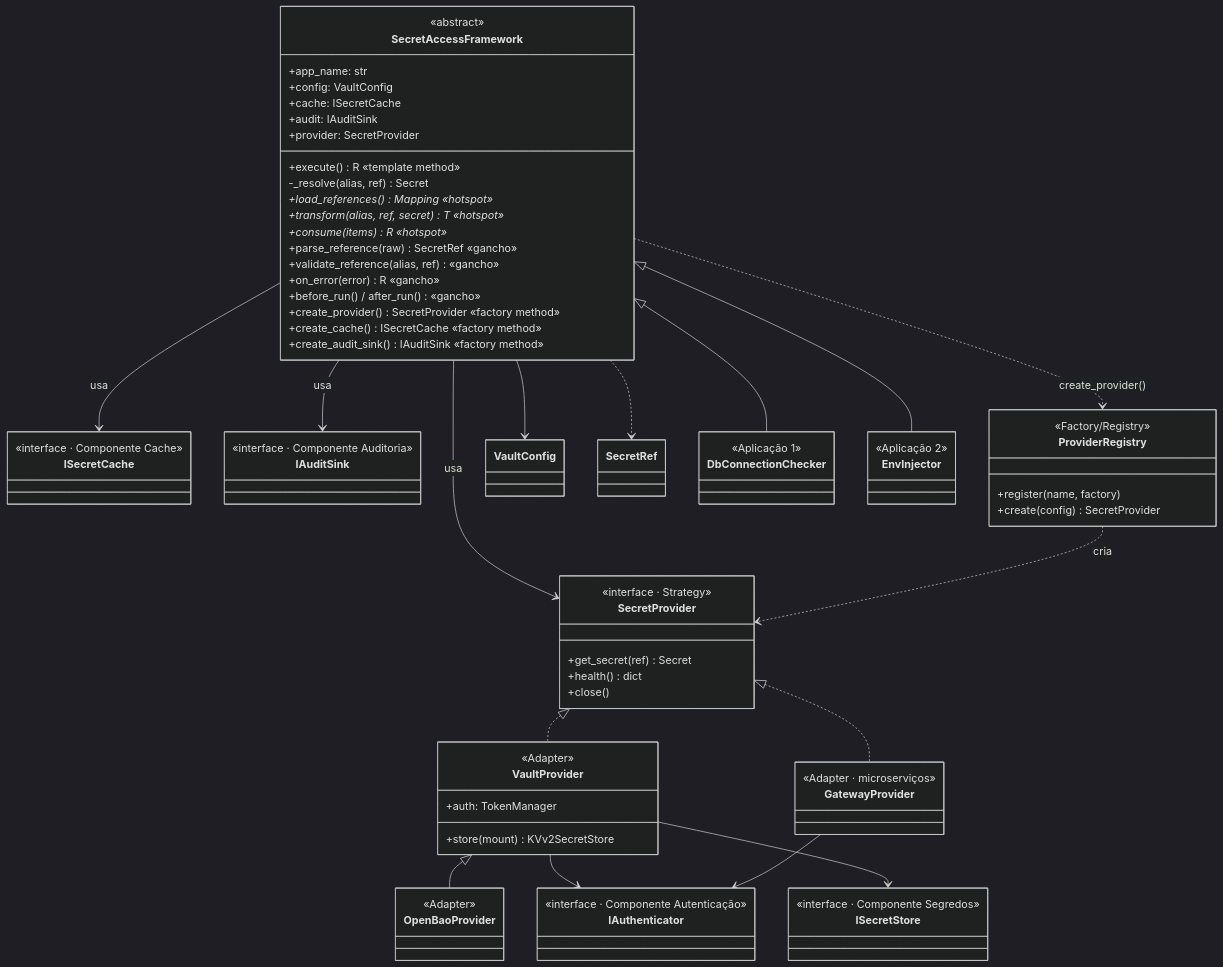
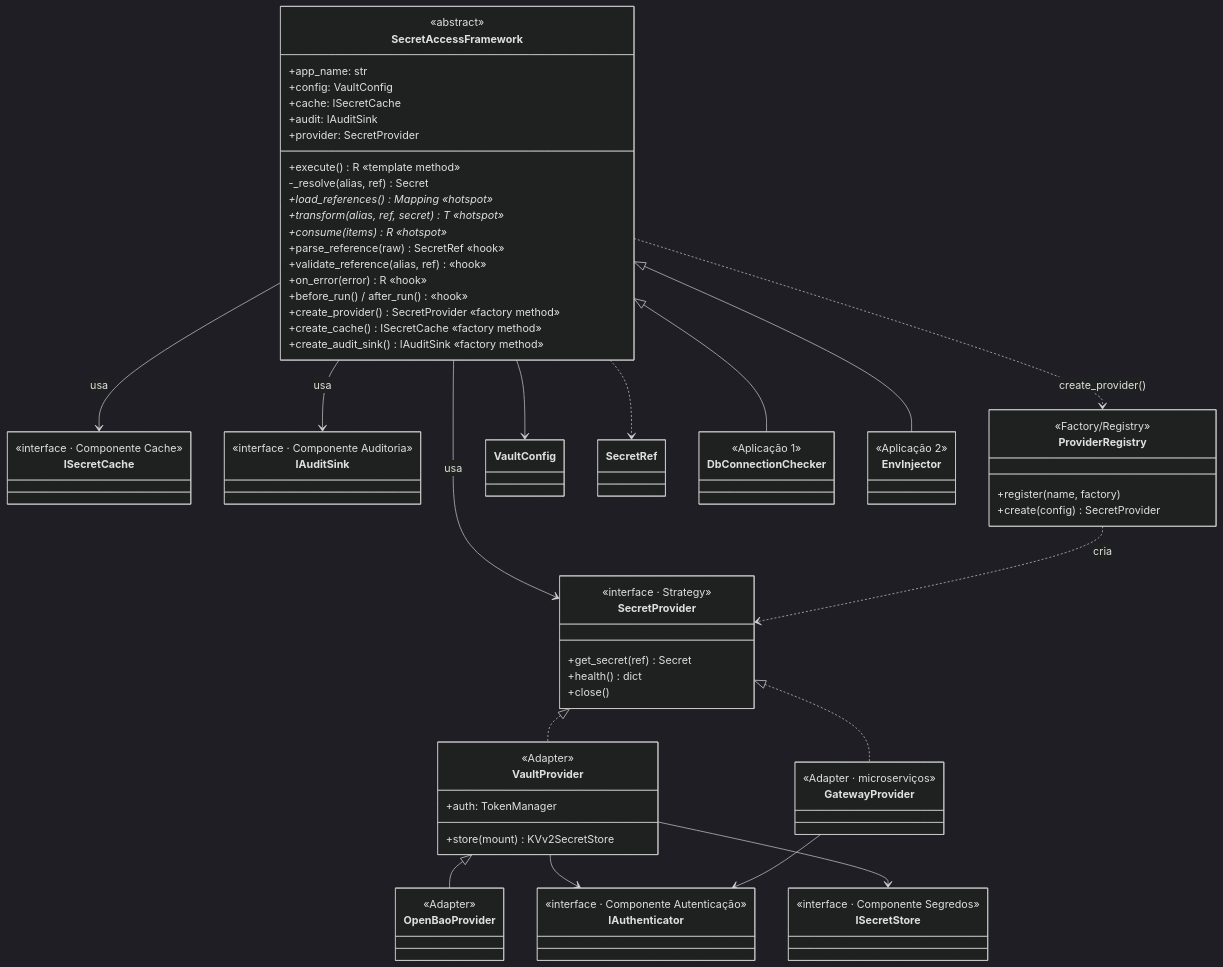
Before and after one commit to Gustalex/vault-framework: the diagram in docs/diagramas/01-framework-componentes.mmd, drawn with Mermaid (dark theme). The commit also changed 12 other files, not shown here.

```diff
--- a/docs/diagramas/01-framework-componentes.mmd
+++ b/docs/diagramas/01-framework-componentes.mmd
@@ -1,79 +1,79 @@
 classDiagram
     direction TB
     class SecretAccessFramework {
         <<abstract>>
         +app_name: str
         +config: VaultConfig
         +cache: ISecretCache
         +audit: IAuditSink
         +provider: SecretProvider
         +execute() R  «template method»
         -_resolve(alias, ref) Secret
         +load_references()* Mapping  «hotspot»
         +transform(alias, ref, secret)* T  «hotspot»
         +consume(items)* R  «hotspot»
-        +parse_reference(raw) SecretRef  «gancho»
-        +validate_reference(alias, ref)  «gancho»
-        +on_error(error) R  «gancho»
-        +before_run() / after_run()  «gancho»
+        +parse_reference(raw) SecretRef  «hook»
+        +validate_reference(alias, ref)  «hook»
+        +on_error(error) R  «hook»
+        +before_run() / after_run()  «hook»
         +create_provider() SecretProvider  «factory method»
         +create_cache() ISecretCache  «factory method»
         +create_audit_sink() IAuditSink  «factory method»
     }
     class SecretProvider {
         <<interface · Strategy>>
         +get_secret(ref) Secret
         +health() dict
         +close()
     }
     class ISecretCache {
         <<interface · Componente Cache>>
     }
     class IAuditSink {
         <<interface · Componente Auditoria>>
     }
     class IAuthenticator {
         <<interface · Componente Autenticação>>
     }
     class ISecretStore {
         <<interface · Componente Segredos>>
     }
     class VaultProvider {
         <<Adapter>>
         +auth: TokenManager
         +store(mount) KVv2SecretStore
     }
     class OpenBaoProvider {
         <<Adapter>>
     }
     class GatewayProvider {
         <<Adapter · microserviços>>
     }
     class ProviderRegistry {
         <<Factory/Registry>>
         +register(name, factory)
         +create(config) SecretProvider
     }
     class VaultConfig
     class SecretRef
     class DbConnectionChecker {
         <<Aplicação 1>>
     }
     class EnvInjector {
         <<Aplicação 2>>
     }
     SecretAccessFramework --> SecretProvider : usa
     SecretAccessFramework --> ISecretCache : usa
     SecretAccessFramework --> IAuditSink : usa
     SecretAccessFramework ..> ProviderRegistry : create_provider()
     SecretAccessFramework ..> SecretRef
     SecretAccessFramework --> VaultConfig
     ProviderRegistry ..> SecretProvider : cria
     SecretProvider <|.. VaultProvider
     VaultProvider <|-- OpenBaoProvider
     SecretProvider <|.. GatewayProvider
     VaultProvider --> IAuthenticator
     VaultProvider --> ISecretStore
     GatewayProvider --> IAuthenticator
     SecretAccessFramework <|-- DbConnectionChecker
     SecretAccessFramework <|-- EnvInjector
```
